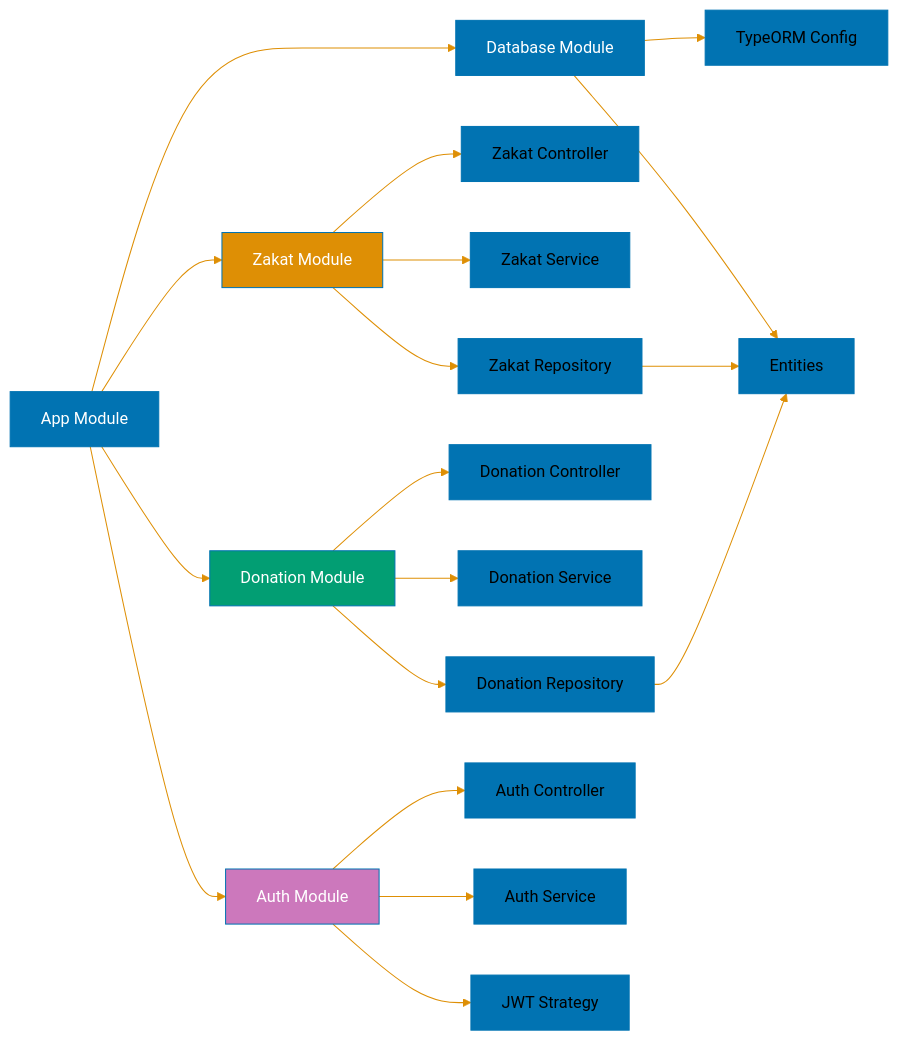
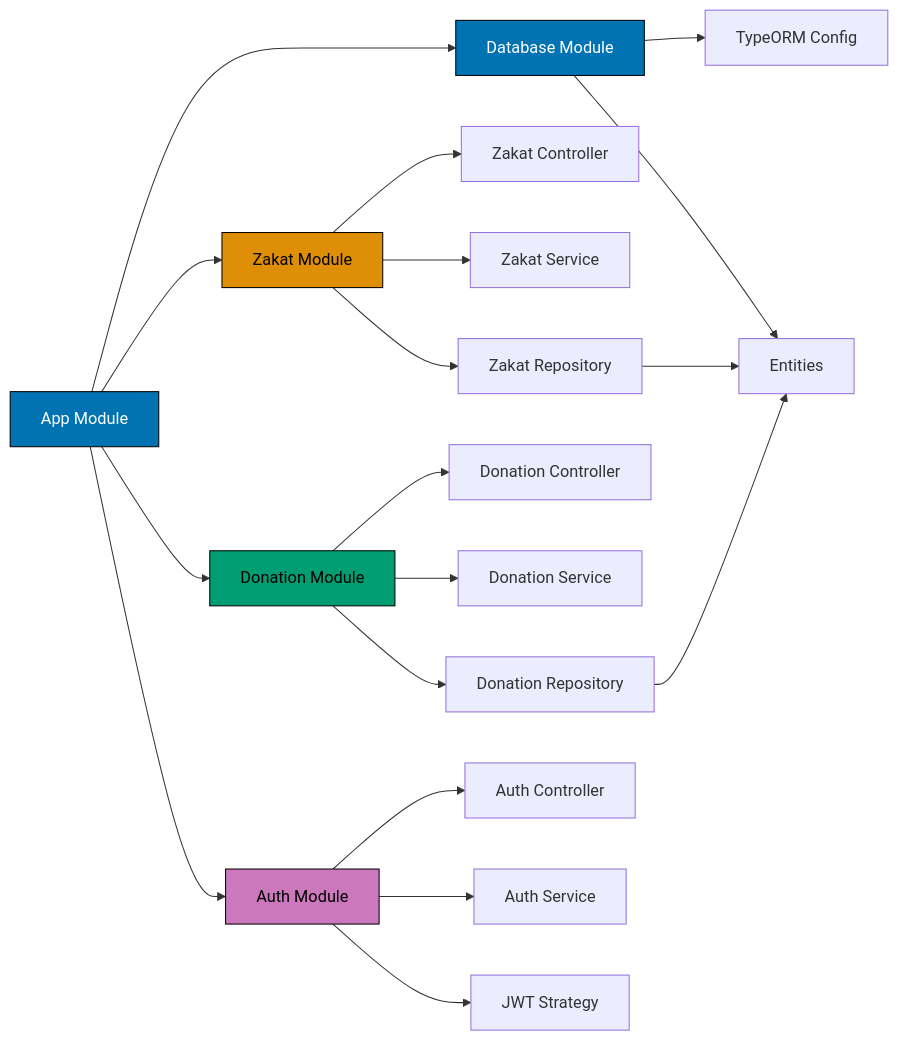
Before and after one commit to wahidyankf/ose-public: the fifth of 5 diagrams in docs/explanation/software-engineering/programming-languages/typescript/web-services.md, drawn with Mermaid. The commit also changed other lines of this file and 57 other files, not shown here.

First line of the commit message:
docs(diagrams): make docs diagrams accessible

````diff
--- a/docs/explanation/software-engineering/programming-languages/typescript/web-services.md
+++ b/docs/explanation/software-engineering/programming-languages/typescript/web-services.md
@@ -1324,32 +1334,36 @@
 ```mermaid
-%%{init: {'theme':'base', 'themeVariables': { 'primaryColor':'#0173B2','primaryTextColor':'#000','primaryBorderColor':'#0173B2','lineColor':'#DE8F05','secondaryColor':'#029E73','tertiaryColor':'#CC78BC','fontSize':'16px'}}}%%
 flowchart LR
+    accTitle: NestJS Module Architecture
+    accDescr: App Module leads to Zakat Module; App Module leads to Donation Module; App Module leads to Auth Module; App Module leads to Database Module; Zakat Module leads to Zakat Controller; and 12 more links.
     A[App Module] --> B[Zakat Module]
     A --> C[Donation Module]
     A --> D[Auth Module]
     A --> E[Database Module]
 
     B --> B1[Zakat Controller]
     B --> B2[Zakat Service]
     B --> B3[Zakat Repository]
 
     C --> C1[Donation Controller]
     C --> C2[Donation Service]
     C --> C3[Donation Repository]
 
     D --> D1[Auth Controller]
     D --> D2[Auth Service]
     D --> D3[JWT Strategy]
 
     E --> E1[TypeORM Config]
     E --> E2[Entities]
 
     B3 --> E2
     C3 --> E2
 
-    style A fill:#0173B2,color:#fff
-    style B fill:#DE8F05,color:#fff
-    style C fill:#029E73,color:#fff
-    style D fill:#CC78BC,color:#fff
-    style E fill:#0173B2,color:#fff
+    classDef blue fill:#0173B2,stroke:#000000,color:#FFFFFF
+    classDef orange fill:#DE8F05,stroke:#000000,color:#000000
+    classDef teal fill:#029E73,stroke:#000000,color:#000000
+    classDef purple fill:#CC78BC,stroke:#000000,color:#000000
+    class A,E blue
+    class B orange
+    class C teal
+    class D purple
 ```
````
